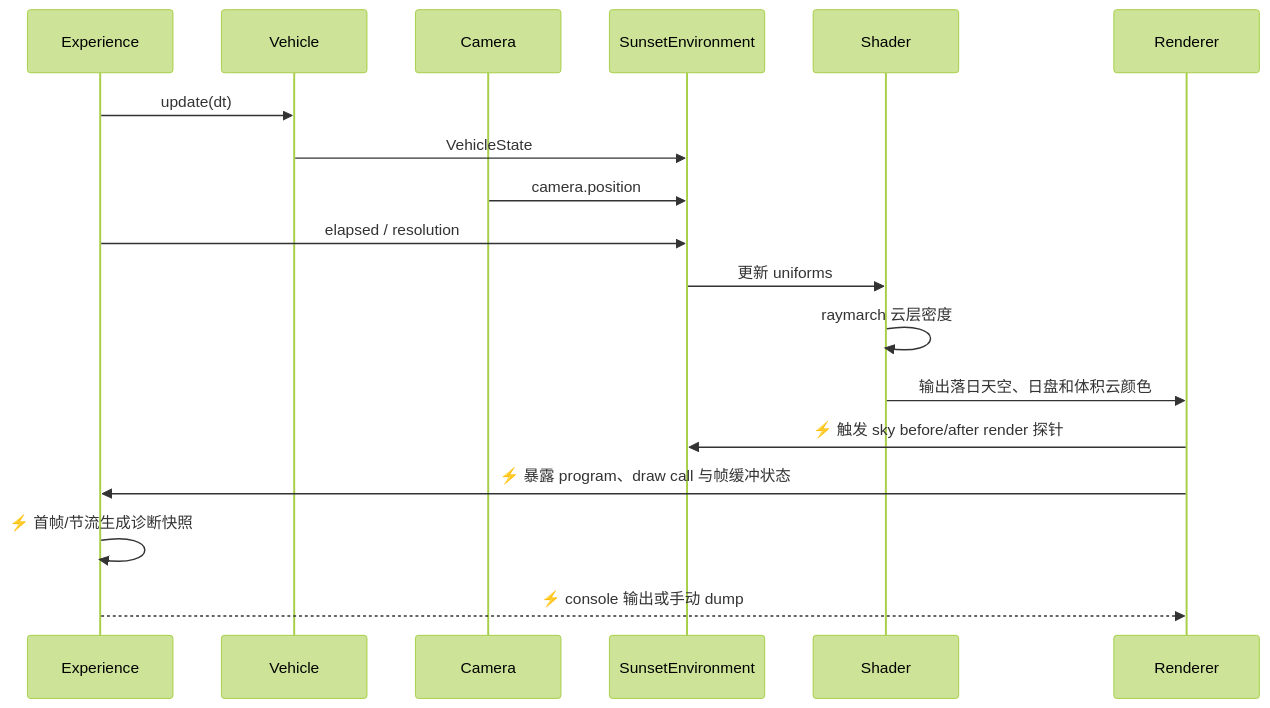
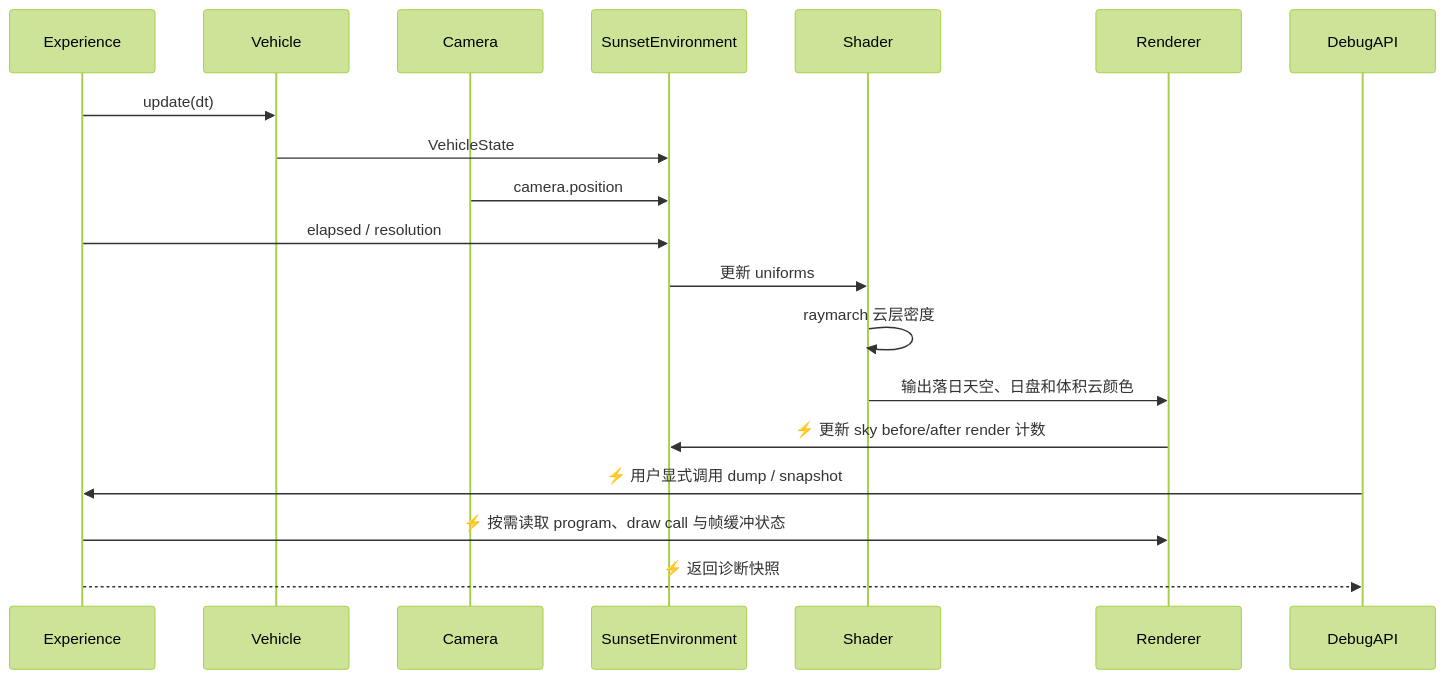
One commit to 64n-goxutech/shader-roam changed the second of 2 diagrams in docs/architecture/volumetric-clouds/README.md. Above: the diagram before and after it, drawn with Mermaid (forest theme). The commit also changed other lines of this file and 17 other files, not shown here.

````diff
--- a/docs/architecture/volumetric-clouds/README.md
+++ b/docs/architecture/volumetric-clouds/README.md
@@ -110,21 +116,22 @@
 ```mermaid
 sequenceDiagram
     participant Experience
     participant Vehicle
     participant Camera
     participant Env as SunsetEnvironment
     participant Shader
     participant Renderer
+    participant DebugAPI
 
     Experience->>Vehicle: update(dt)
     Vehicle->>Env: VehicleState
     Camera->>Env: camera.position
     Experience->>Env: elapsed / resolution
     Env->>Shader: 更新 uniforms
     Shader->>Shader: raymarch 云层密度
     Shader->>Renderer: 输出落日天空、日盘和体积云颜色
-    Renderer->>Env: ⚡ 触发 sky before/after render 探针
-    Renderer->>Experience: ⚡ 暴露 program、draw call 与帧缓冲状态
-    Experience->>Experience: ⚡ 首帧/节流生成诊断快照
-    Experience-->>Renderer: ⚡ console 输出或手动 dump
+    Renderer->>Env: ⚡ 更新 sky before/after render 计数
+    DebugAPI->>Experience: ⚡ 用户显式调用 dump / snapshot
+    Experience->>Renderer: ⚡ 按需读取 program、draw call 与帧缓冲状态
+    Experience-->>DebugAPI: ⚡ 返回诊断快照
 ```
````
